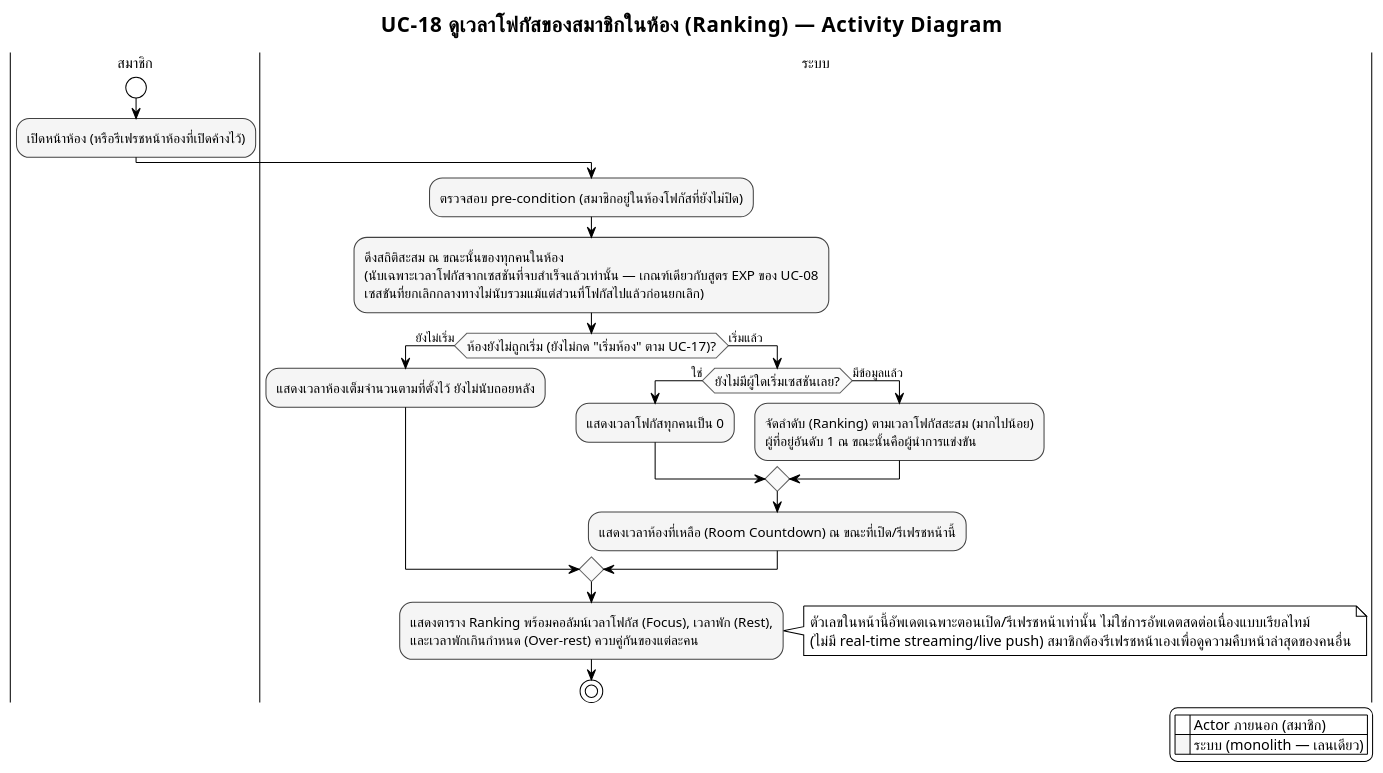
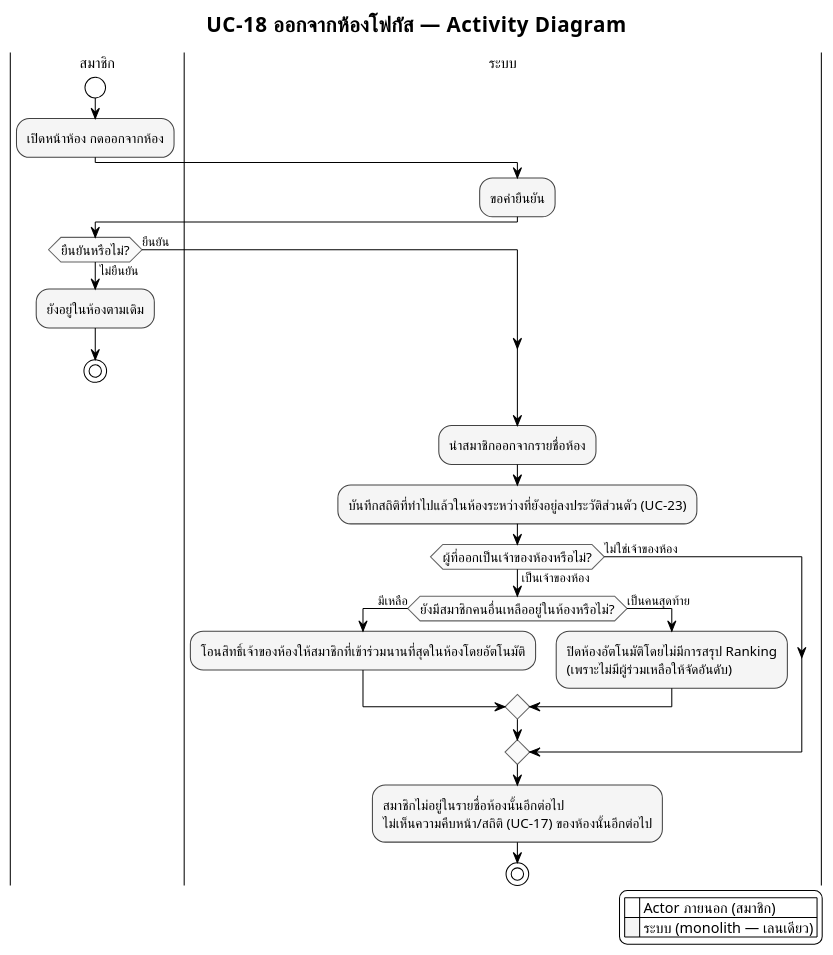
One commit to popotaroman-cloud/dssiprj-pad changed the diagram in proposal/usecase/activity_module5_uc18.puml. Above: the diagram before and after it, drawn with PlantUML. The commit also changed 46 other files, not shown here.

```diff
--- a/proposal/usecase/activity_module5_uc18.puml
+++ b/proposal/usecase/activity_module5_uc18.puml
@@ -1,64 +1,67 @@
-@startuml M5_activity_ดูเวลาโฟกัสของสมาชิกในห้อง
+@startuml M5_activity_ออกจากห้องโฟกัส
 ' ══════════════════════════════════════════════════════════════════
 ' รองรับภาษาไทย — บันทึกไฟล์นี้เป็น UTF-8 (ไม่ต้องมี BOM) เสมอ
 ' บังคับใช้ Smetana (pure-Java layout engine) แทน Graphviz/dot
 !pragma layout smetana
 skinparam defaultFontName "TH Sarabun New"
 skinparam defaultFontSize 14
 ' ══════════════════════════════════════════════════════════════════
 
 !theme plain
 skinparam titleFontName "TH Sarabun New"
 skinparam titleFontSize 20
 skinparam noteFontName "TH Sarabun New"
 skinparam ArrowFontName "TH Sarabun New"
 skinparam ArrowFontSize 12
 skinparam swimlaneTitleFontName "TH Sarabun New"
 skinparam swimlaneTitleFontSize 14
 
 ' ===== Monochrome เท่านั้น — ไม่มี partition ไหนสีต่างจากที่อื่น =====
 skinparam activity {
   BackgroundColor #F5F5F5
   BorderColor #424242
   FontName "TH Sarabun New"
   FontSize 13
   DiamondBackgroundColor #FAFAFA
   DiamondBorderColor #616161
 }
 
-title UC-18 ดูเวลาโฟกัสของสมาชิกในห้อง (Ranking) — Activity Diagram
+title UC-18 ออกจากห้องโฟกัส — Activity Diagram
 
 |สมาชิก|
 start
-:เปิดหน้าห้อง (หรือรีเฟรชหน้าห้องที่เปิดค้างไว้);
+:เปิดหน้าห้อง กดออกจากห้อง;
 
 |ระบบ|
-:ตรวจสอบ pre-condition (สมาชิกอยู่ในห้องโฟกัสที่ยังไม่ปิด);
-:ดึงสถิติสะสม ณ ขณะนั้นของทุกคนในห้อง\n(นับเฉพาะเวลาโฟกัสจากเซสชันที่จบสำเร็จแล้วเท่านั้น — เกณฑ์เดียวกับสูตร EXP ของ UC-08\nเซสชันที่ยกเลิกกลางทางไม่นับรวมแม้แต่ส่วนที่โฟกัสไปแล้วก่อนยกเลิก);
+:ขอคำยืนยัน;
 
-if (ห้องยังไม่ถูกเริ่ม (ยังไม่กด "เริ่มห้อง" ตาม UC-17)?) then (ยังไม่เริ่ม)
-  :แสดงเวลาห้องเต็มจำนวนตามที่ตั้งไว้ ยังไม่นับถอยหลัง;
-else (เริ่มแล้ว)
-  if (ยังไม่มีผู้ใดเริ่มเซสชันเลย?) then (ใช่)
-    :แสดงเวลาโฟกัสทุกคนเป็น 0;
-  else (มีข้อมูลแล้ว)
-    :จัดลำดับ (Ranking) ตามเวลาโฟกัสสะสม (มากไปน้อย)\nผู้ที่อยู่อันดับ 1 ณ ขณะนั้นคือผู้นำการแข่งขัน;
-  endif
-  :แสดงเวลาห้องที่เหลือ (Room Countdown) ณ ขณะที่เปิด/รีเฟรชหน้านี้;
+|สมาชิก|
+if (ยืนยันหรือไม่?) then (ไม่ยืนยัน)
+  :ยังอยู่ในห้องตามเดิม;
+  stop
+else (ยืนยัน)
 endif
 
-:แสดงตาราง Ranking พร้อมคอลัมน์เวลาโฟกัส (Focus), เวลาพัก (Rest),\nและเวลาพักเกินกำหนด (Over-rest) ควบคู่กันของแต่ละคน;
+|ระบบ|
+:นำสมาชิกออกจากรายชื่อห้อง;
+:บันทึกสถิติที่ทำไปแล้วในห้องระหว่างที่ยังอยู่ลงประวัติส่วนตัว (UC-23);
 
-note right
-  ตัวเลขในหน้านี้อัพเดตเฉพาะตอนเปิด/รีเฟรชหน้าเท่านั้น ไม่ใช่การอัพเดตสดต่อเนื่องแบบเรียลไทม์
-  (ไม่มี real-time streaming/live push) สมาชิกต้องรีเฟรชหน้าเองเพื่อดูความคืบหน้าล่าสุดของคนอื่น
-end note
+if (ผู้ที่ออกเป็นเจ้าของห้องหรือไม่?) then (เป็นเจ้าของห้อง)
+  if (ยังมีสมาชิกคนอื่นเหลืออยู่ในห้องหรือไม่?) then (มีเหลือ)
+    :โอนสิทธิ์เจ้าของห้องให้สมาชิกที่เข้าร่วมนานที่สุดในห้องโดยอัตโนมัติ;
+  else (เป็นคนสุดท้าย)
+    :ปิดห้องอัตโนมัติโดยไม่มีการสรุป Ranking\n(เพราะไม่มีผู้ร่วมเหลือให้จัดอันดับ);
+  endif
+else (ไม่ใช่เจ้าของห้อง)
+endif
+
+:สมาชิกไม่อยู่ในรายชื่อห้องนั้นอีกต่อไป\nไม่เห็นความคืบหน้า/สถิติ (UC-17) ของห้องนั้นอีกต่อไป;
 
 stop
 
 legend right
   |<back:white>    </back>| Actor ภายนอก (สมาชิก) |
   |<back:#F5F5F5>    </back>| ระบบ (monolith — เลนเดียว) |
 endlegend
 
 @enduml
```
